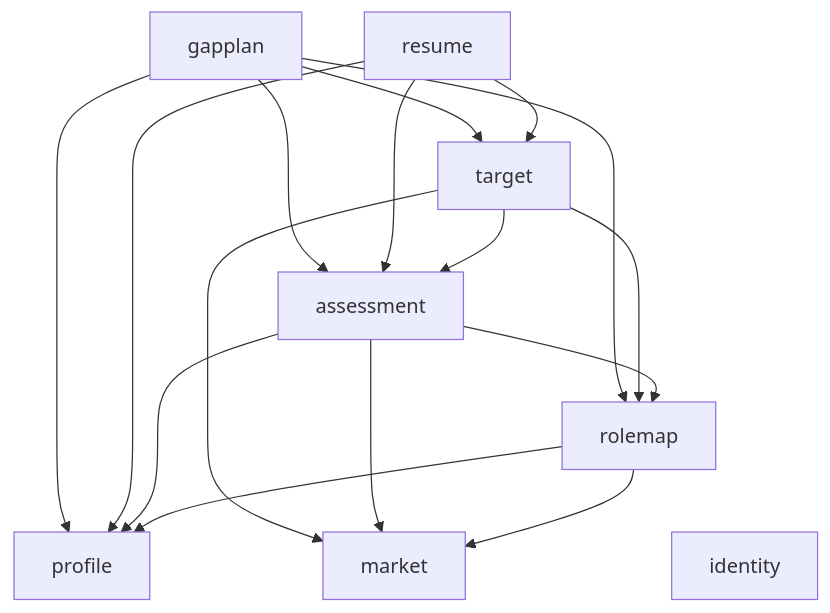
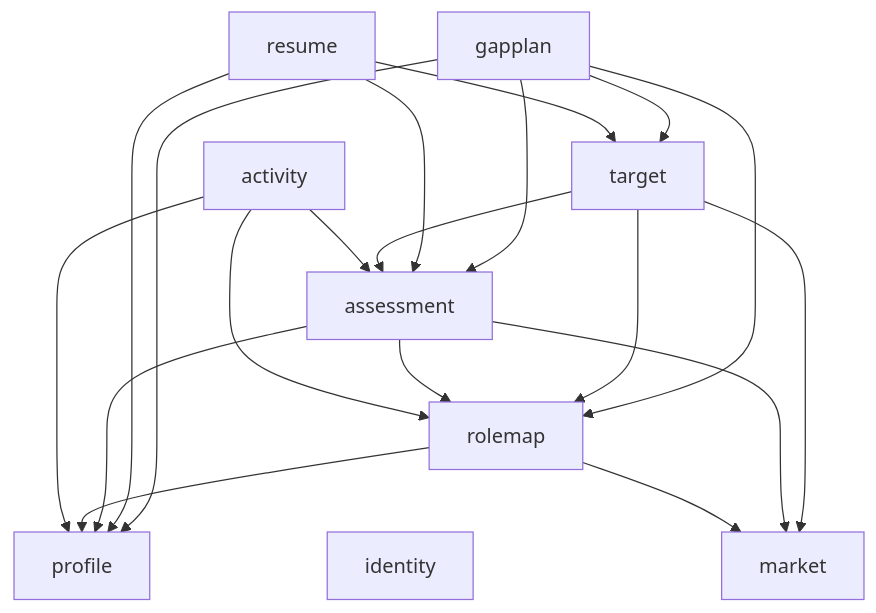
The third of 4 diagrams in docs/architecture.md (ycc789741ycc/career-polaris), drawn with Mermaid before and after one commit. The commit also changed other lines of this file and 76 other files, not shown here.

````diff
--- a/docs/architecture.md
+++ b/docs/architecture.md
@@ -143,20 +143,23 @@
 ```mermaid
 flowchart TB
   GP[gapplan] --> T[target]
   RS[resume] --> T
   GP --> AS[assessment]
   RS --> AS
   GP --> RM[rolemap]
   GP --> PR[profile]
   RS --> PR
   T --> AS
   T --> RM
   T --> MK[market]
   AS --> RM
   AS --> PR
   AS --> MK
   RM --> PR
   RM --> MK
+  AC[activity] --> AS
+  AC --> RM
+  AC --> PR
   ID[identity]
   RM ~~~ ID
 ```
````
